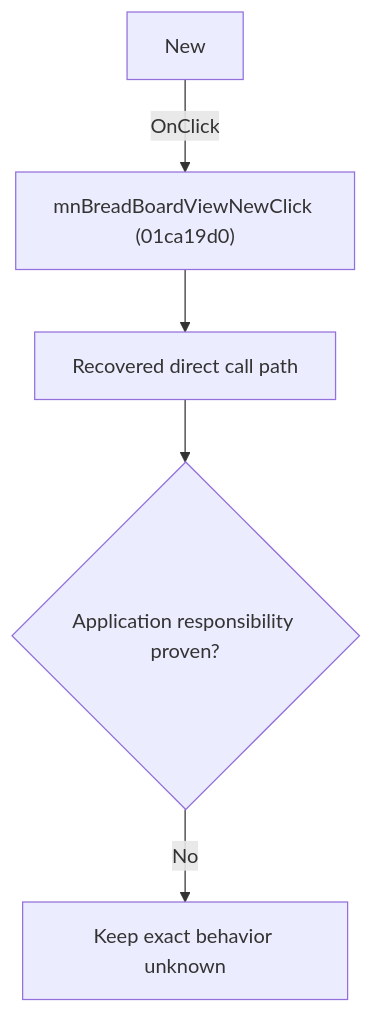
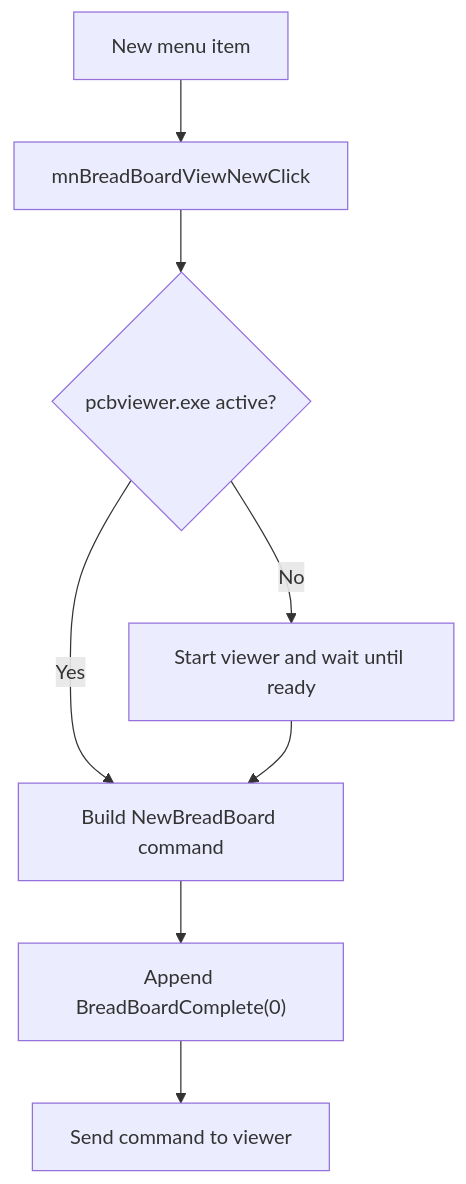
The diagram in docs/ui-controls/schematiceditor/mnbreadboardviewnew-d208bee9e7.md (MovGP0/TIARA), drawn with Mermaid before and after one commit. The commit also changed other lines of this file and 241 other files, not shown here.

````diff
--- a/docs/ui-controls/schematiceditor/mnbreadboardviewnew-d208bee9e7.md
+++ b/docs/ui-controls/schematiceditor/mnbreadboardviewnew-d208bee9e7.md
@@ -27,7 +19,10 @@
 ```mermaid
 flowchart TD
-    control["New"] -->|"OnClick"| handler["mnBreadBoardViewNewClick (01ca19d0)"]
-    handler --> recovered["Recovered direct call path"]
-    recovered --> gap{"Application responsibility proven?"}
-    gap -->|"No"| blocked["Keep exact behavior unknown"]
+    control["New menu item"] --> handler["mnBreadBoardViewNewClick"]
+    handler --> running{"pcbviewer.exe active?"}
+    running -->|"No"| launch["Start viewer and wait until ready"]
+    running -->|"Yes"| build["Build NewBreadBoard command"]
+    launch --> build
+    build --> mode["Append BreadBoardComplete(0)"]
+    mode --> send["Send command to viewer"]
 ```
````
